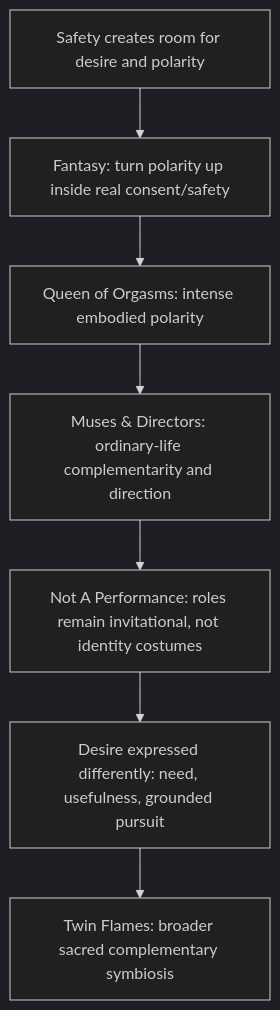
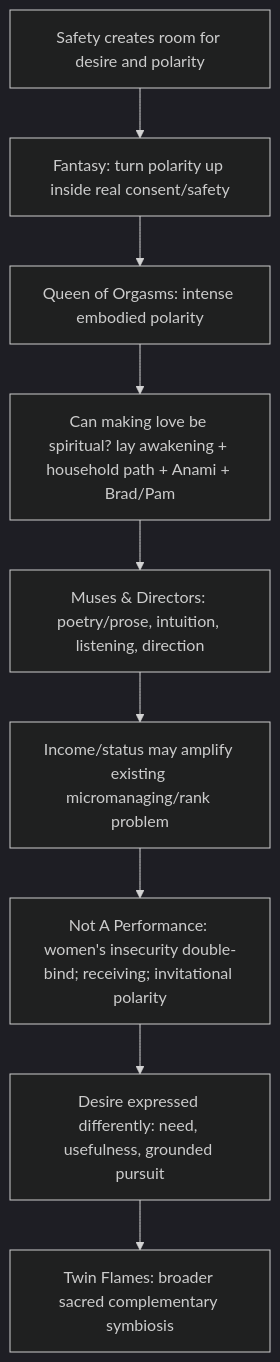
The tenth of 14 diagrams in work/romance-current-assembly/ARCHITECTURE.md (u-dont-existDOTcom/pangram-humanization-lab), drawn with Mermaid (dark theme) before and after one commit. The commit also changed other lines of this file, not shown here.

Commit message:
state: sync Romance architecture to Toft Anami pass

````diff
--- a/work/romance-current-assembly/ARCHITECTURE.md
+++ b/work/romance-current-assembly/ARCHITECTURE.md
@@ -132,12 +180,14 @@
 ```mermaid
 flowchart TD
     premise["Safety creates room for desire and polarity"]
     fantasy["Fantasy: turn polarity up inside real consent/safety"]
     queen["Queen of Orgasms: intense embodied polarity"]
-    muses["Muses & Directors: ordinary-life complementarity and direction"]
-    performance["Not A Performance: roles remain invitational, not identity costumes"]
+    sacred["Can making love be spiritual? lay awakening + household path + Anami + Brad/Pam"]
+    muses["Muses & Directors: poetry/prose, intuition, listening, direction"]
+    rank["Income/status may amplify existing micromanaging/rank problem"]
+    performance["Not A Performance: women's insecurity double-bind; receiving; invitational polarity"]
     desire["Desire expressed differently: need, usefulness, grounded pursuit"]
     twin["Twin Flames: broader sacred complementary symbiosis"]
 
-    premise --> fantasy --> queen --> muses --> performance --> desire --> twin
+    premise --> fantasy --> queen --> sacred --> muses --> rank --> performance --> desire --> twin
 ```
````
